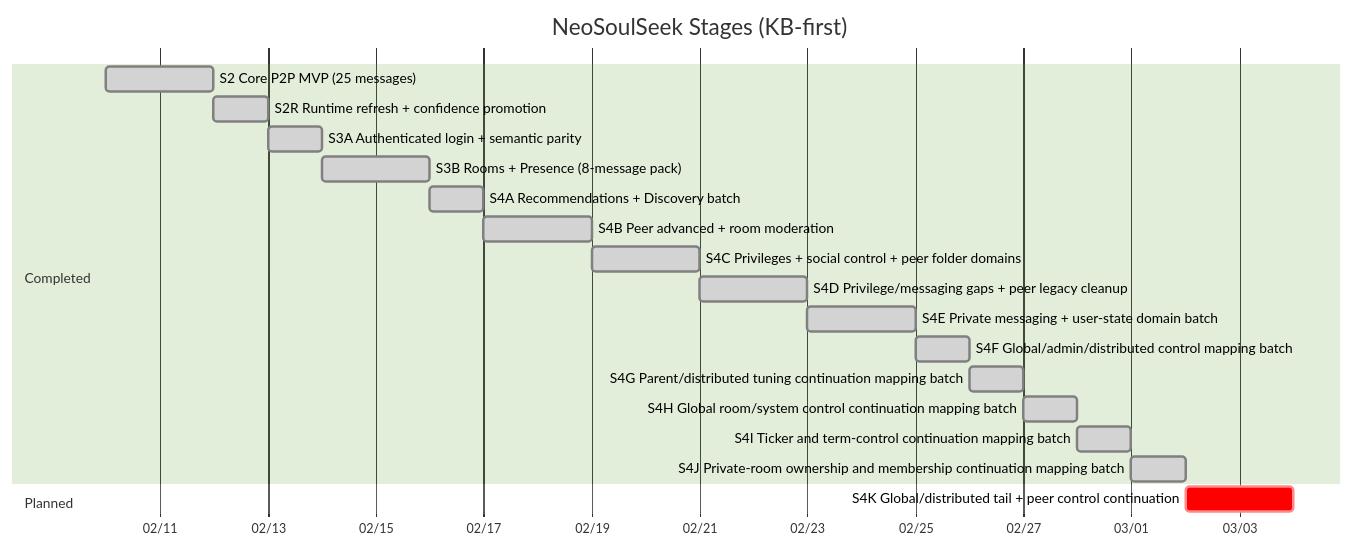
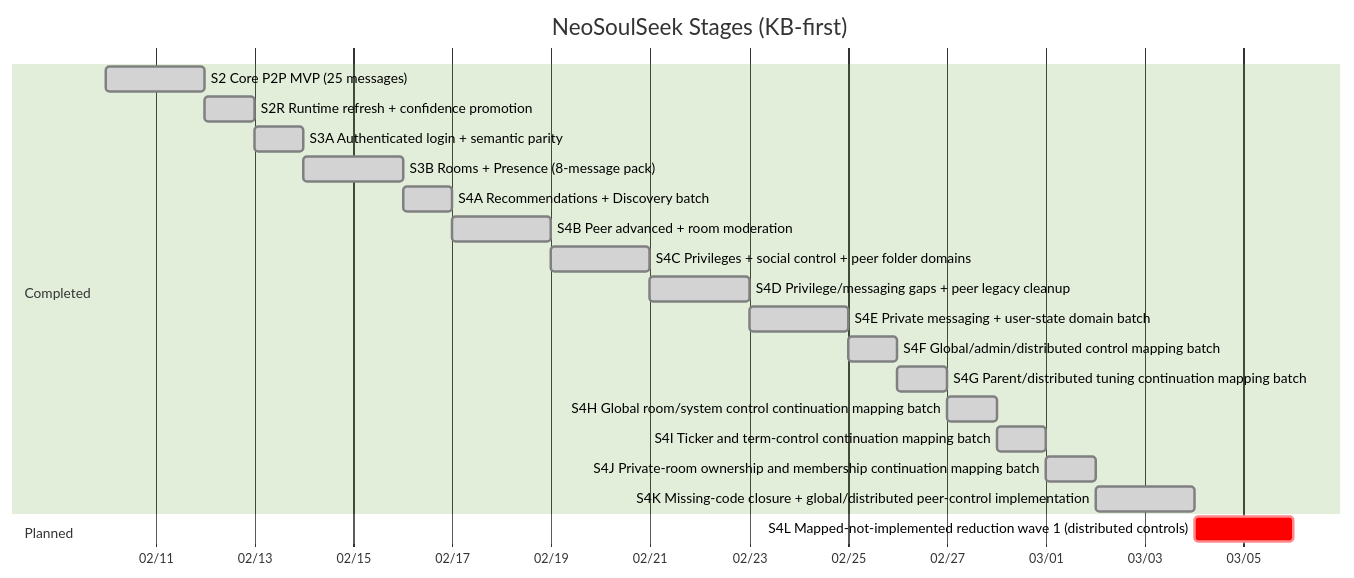
One commit to fedejinich/nss changed the first of 5 diagrams in docs/state/roadmap.md. Above: the diagram before and after it, drawn with Mermaid (forest theme). The commit also changed other lines of this file and 13 other files, not shown here.

````diff
--- a/docs/state/roadmap.md
+++ b/docs/state/roadmap.md
@@ -9,23 +9,24 @@
 ```mermaid
 gantt
     title NeoSoulSeek Stages (KB-first)
     dateFormat  YYYY-MM-DD
     axisFormat  %m/%d
     section Completed
     S2 Core P2P MVP (25 messages) :done, s2, 2026-02-10, 2d
     S2R Runtime refresh + confidence promotion :done, s2r, after s2, 1d
     S3A Authenticated login + semantic parity :done, s3a, after s2r, 1d
     S3B Rooms + Presence (8-message pack) :done, s3b, 2026-02-14, 2d
     S4A Recommendations + Discovery batch :done, s4a, after s3b, 1d
     S4B Peer advanced + room moderation :done, s4b, after s4a, 2d
     S4C Privileges + social control + peer folder domains :done, s4c, after s4b, 2d
     S4D Privilege/messaging gaps + peer legacy cleanup :done, s4d, after s4c, 2d
     S4E Private messaging + user-state domain batch :done, s4e, after s4d, 2d
     S4F Global/admin/distributed control mapping batch :done, s4f, after s4e, 1d
     S4G Parent/distributed tuning continuation mapping batch :done, s4g, after s4f, 1d
     S4H Global room/system control continuation mapping batch :done, s4h, after s4g, 1d
     S4I Ticker and term-control continuation mapping batch :done, s4i, after s4h, 1d
     S4J Private-room ownership and membership continuation mapping batch :done, s4j, after s4i, 1d
+    S4K Missing-code closure + global/distributed peer-control implementation :done, s4k, after s4j, 2d
     section Planned
-    S4K Global/distributed tail + peer control continuation :crit, s4k, after s4j, 2d
+    S4L Mapped-not-implemented reduction wave 1 (distributed controls) :crit, s4l, after s4k, 2d
 ```
````
